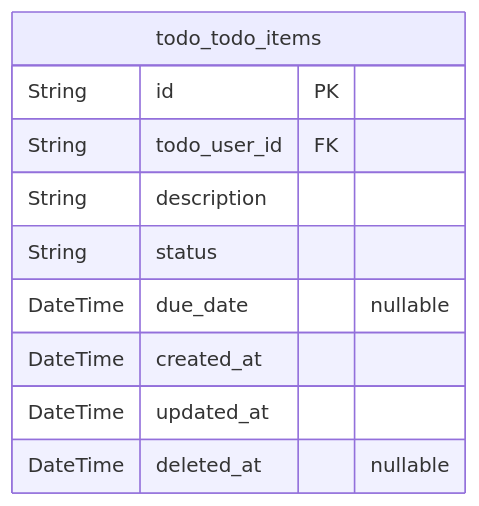
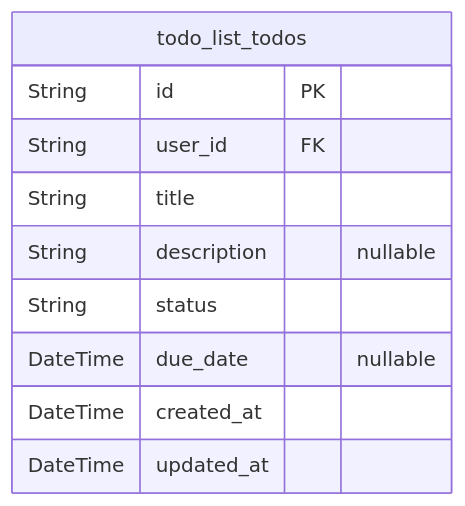
One commit to wrtnlabs/autobe-examples changed the second of 2 diagrams in openai/gpt-4.1-mini/todo/docs/ERD.md. Above: the diagram before and after it, drawn with Mermaid. The commit also changed other lines of this file and 22498 other files, not shown here.

````diff
--- a/openai/gpt-4.1-mini/todo/docs/ERD.md
+++ b/openai/gpt-4.1-mini/todo/docs/ERD.md
@@ -65,13 +102,13 @@
 ```mermaid
 erDiagram
-"todo_todo_items" {
+"todo_list_todos" {
   String id PK
-  String todo_user_id FK
-  String description
+  String user_id FK
+  String title
+  String description "nullable"
   String status
   DateTime due_date "nullable"
   DateTime created_at
   DateTime updated_at
-  DateTime deleted_at "nullable"
 }
 ```
````
